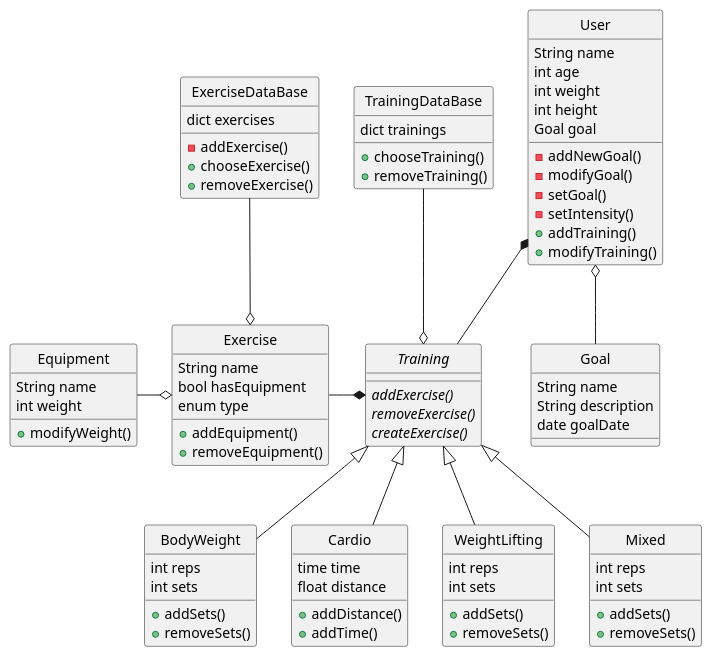
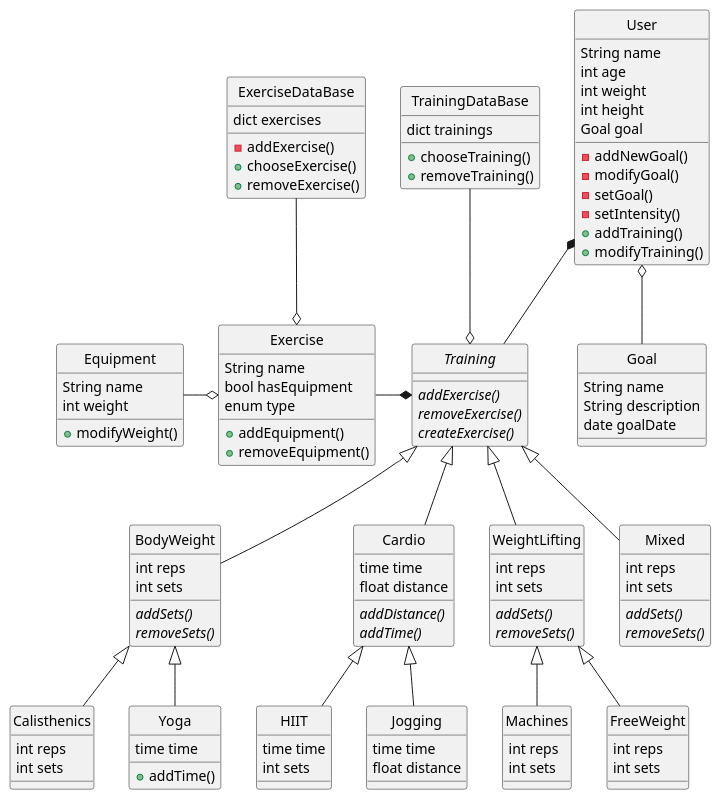
One commit to Hanna-J-K/fitnessapp changed the diagram in diagram.plantuml. Above: the diagram before and after it, drawn with PlantUML.

Commit message:
pozderki od Werki

```diff
--- a/diagram.plantuml
+++ b/diagram.plantuml
@@ -1,96 +1,133 @@
 @startuml FitnessUml
 skinparam Style strictuml
 class User {
     String name
     int age
     int weight
     int height
     Goal goal
     -addNewGoal()
     -modifyGoal()
     -setGoal()
     -setIntensity()
     +addTraining()
     +modifyTraining()
 }
 
 class Goal {
     String name
     String description
     date goalDate
 }
 
 class TrainingDataBase {
     dict trainings
     +chooseTraining()
     +removeTraining()
 }
 
 class ExerciseDataBase {
     dict exercises
     -addExercise()
     +chooseExercise()
     +removeExercise()
 }
 
 class Exercise {
     String name
     bool hasEquipment
     enum type
     +addEquipment()
     +removeEquipment()
 }
 
 class Equipment {
     String name
     int weight
     +modifyWeight()
 }
 
 abstract class Training {
     {abstract} addExercise()
     {abstract} removeExercise()
     {abstract} createExercise()
 }
 
 class BodyWeight {
     int reps
     int sets
-    +addSets()
-    +removeSets()
+    {abstract} addSets()
+    {abstract} removeSets()
 }
 
 class Cardio {
     time time 
     float distance
-    +addDistance()
-    +addTime()
+    {abstract} addDistance()
+    {abstract} addTime()
 
 }
 
 class WeightLifting {
     int reps
     int sets
-    +addSets()
-    +removeSets()
+    {abstract} addSets()
+    {abstract} removeSets()
 }
 
 class Mixed {
     int reps
     int sets
-    +addSets()
-    +removeSets()
+    {abstract} addSets()
+    {abstract} removeSets()
+}
+
+class Calisthenics {
+    int reps
+    int sets
+}
+
+class Yoga {
+    time time
+    +addTime()
+}
+
+class HIIT {
+    time time
+    int sets
+}
+
+class Jogging {
+    time time
+    float distance
+}
+
+class Machines {
+    int reps
+    int sets
+}
+
+class FreeWeight {
+    int reps
+    int sets
 }
 
 User o-- Goal
 User *-- Training
 Equipment -o Exercise
 Exercise -* Training
 TrainingDataBase --o Training
 ExerciseDataBase --o Exercise
 Training <|-- BodyWeight
 Training <|-- Cardio
 Training <|-- WeightLifting
 Training <|-- Mixed
 
+BodyWeight <|-- Calisthenics
+BodyWeight <|-- Yoga
+Cardio <|-- HIIT
+Cardio <|-- Jogging
+WeightLifting <|-- FreeWeight
+WeightLifting <|-- Machines
+
 @enduml
```
